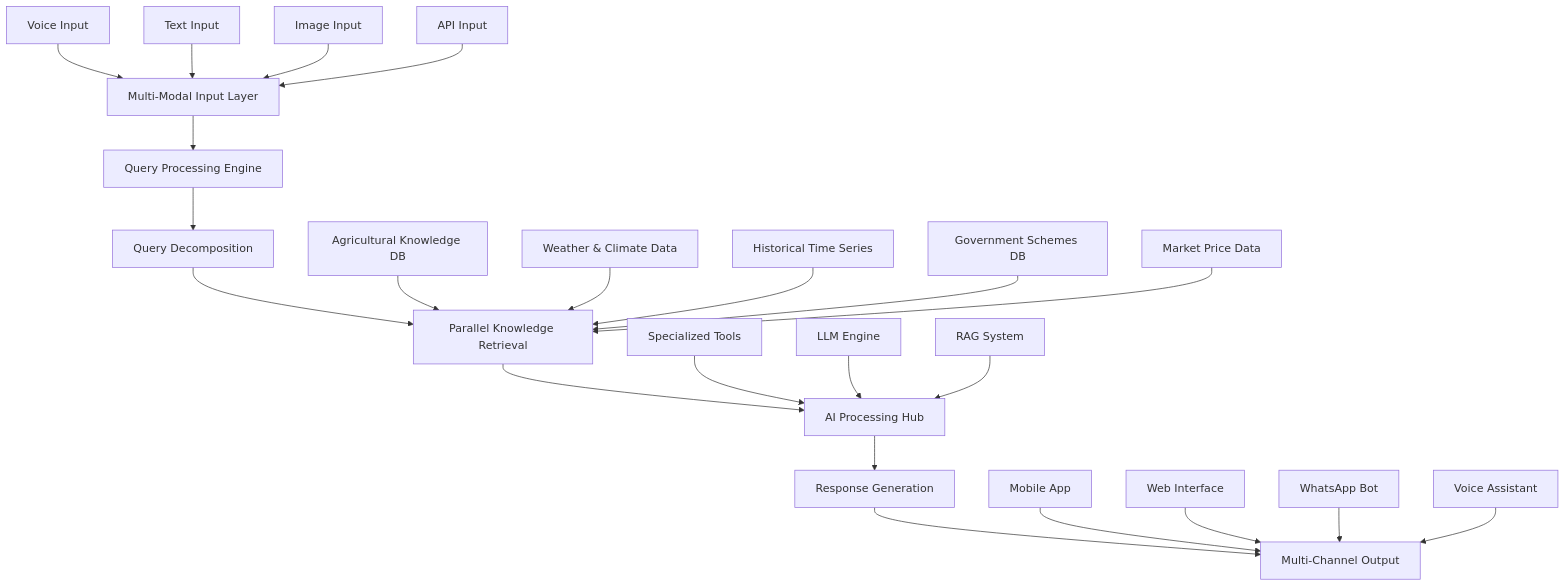
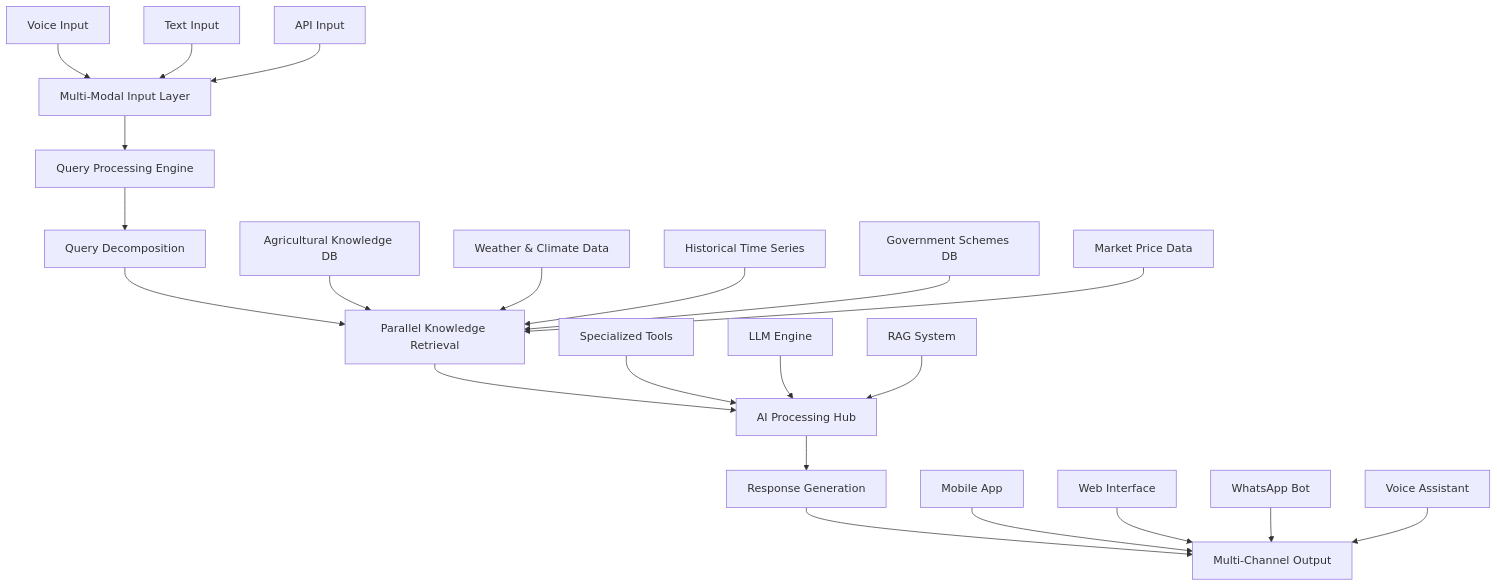
The diagram in README.md (Shuvam-Banerji-Seal/Answering_Agriculture), drawn with Mermaid before and after one commit.

````diff
--- a/README.md
+++ b/README.md
@@ -28,29 +28,28 @@
 ```mermaid
 graph TD
     A[Multi-Modal Input Layer] --> B[Query Processing Engine]
     B --> C[Query Decomposition]
     C --> D[Parallel Knowledge Retrieval]
     D --> E[AI Processing Hub]
     E --> F[Response Generation]
     F --> G[Multi-Channel Output]
     
     H[Voice Input] --> A
     I[Text Input] --> A
-    J[Image Input] --> A
-    K[API Input] --> A
+    J[API Input] --> A
     
     L[Agricultural Knowledge DB] --> D
     M[Weather & Climate Data] --> D
     N[Historical Time Series] --> D
     O[Government Schemes DB] --> D
     P[Market Price Data] --> D
     
     Q[Specialized Tools] --> E
     R[LLM Engine] --> E
     S[RAG System] --> E
     
     T[Mobile App] --> G
     U[Web Interface] --> G
     V[WhatsApp Bot] --> G
     W[Voice Assistant] --> G
 ```
````
